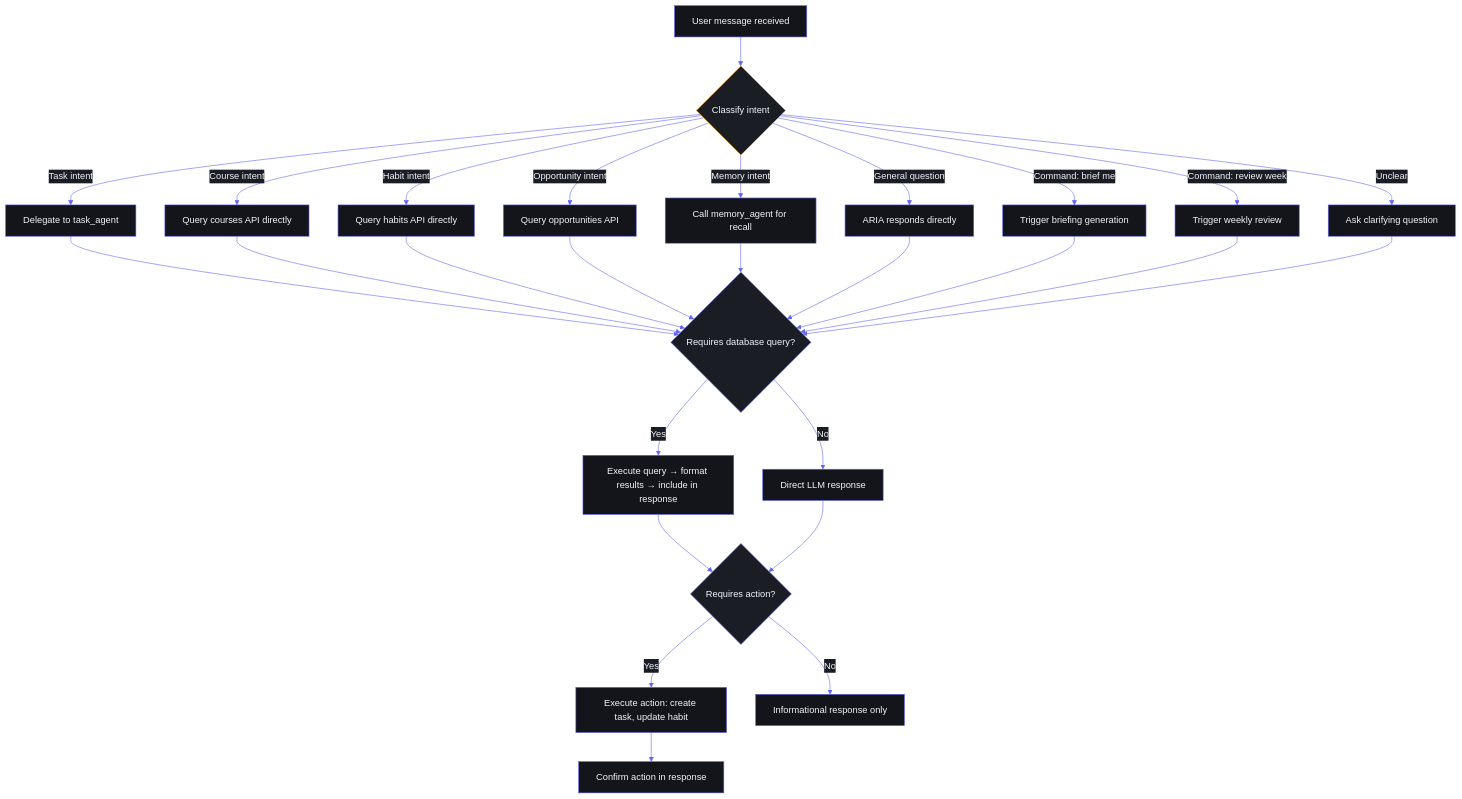
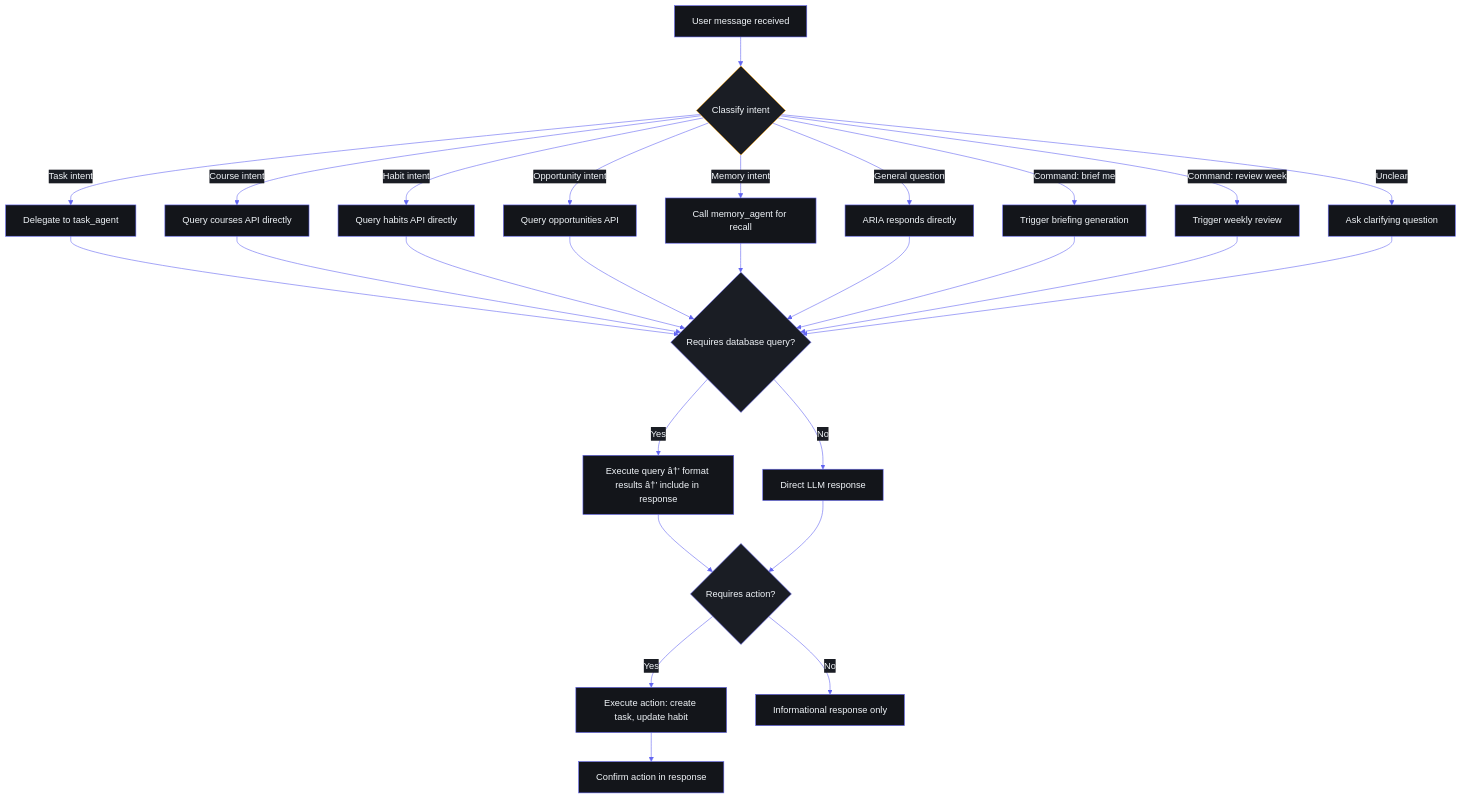
One commit to rohitkumarnaidu/ARIA-OS---SecondBrain- changed diagram 15 of 27 in docs/product/UserFlows.md. Above: the diagram before and after it, drawn with Mermaid. The commit also changed other lines of this file and 9 other files, not shown here.

````diff
--- a/docs/product/UserFlows.md
+++ b/docs/product/UserFlows.md
@@ -636,34 +636,34 @@
 ```mermaid
 %%{init: {'theme': 'base', 'themeVariables': {'background': '#0A0B0F', 'primaryColor': '#13151A', 'primaryBorderColor': '#6366F1', 'primaryTextColor': '#F1F5F9', 'lineColor': '#6366F1', 'secondaryColor': '#1A1D24', 'tertiaryColor': '#0A0B0F', 'fontFamily': 'DM Sans'}}}%%
 flowchart TD
     MSG[User message received] --> CLASSIFY{Classify intent}
     CLASSIFY -->|Task intent| TASK[Delegate to task_agent]
     CLASSIFY -->|Course intent| COURSEQ[Query courses API directly]
     CLASSIFY -->|Habit intent| HABITQ[Query habits API directly]
     CLASSIFY -->|Opportunity intent| OPPQ[Query opportunities API]
     CLASSIFY -->|Memory intent| MEMORY[Call memory_agent for recall]
     CLASSIFY -->|General question| DIRECT[ARIA responds directly]
     CLASSIFY -->|Command: brief me| BRIEF[Trigger briefing generation]
     CLASSIFY -->|Command: review week| REVIEW2[Trigger weekly review]
     CLASSIFY -->|Unclear| CLARIFY[Ask clarifying question]
     TASK --> DBQ{Requires database query?}
     COURSEQ --> DBQ
     HABITQ --> DBQ
     OPPQ --> DBQ
     MEMORY --> DBQ
     DIRECT --> DBQ
     BRIEF --> DBQ
     REVIEW2 --> DBQ
     CLARIFY --> DBQ
-    DBQ -->|Yes| EXECUTE[Execute query → format results → include in response]
+    DBQ -->|Yes| EXECUTE[Execute query â†’ format results â†’ include in response]
     DBQ -->|No| LLM2[Direct LLM response]
     EXECUTE --> ACTQ{Requires action?}
     LLM2 --> ACTQ
     ACTQ -->|Yes| ACTION2[Execute action: create task, update habit]
     ACTION2 --> CONFIRMA[Confirm action in response]
     ACTQ -->|No| INFOResp[Informational response only]
     
     style CLASSIFY fill:#1A1D24,stroke:#F59E0B,color:#F1F5F9
     style DBQ fill:#1A1D24,stroke:#6366F1,color:#F1F5F9
     style ACTQ fill:#1A1D24,stroke:#6366F1,color:#F1F5F9
 ```
````
